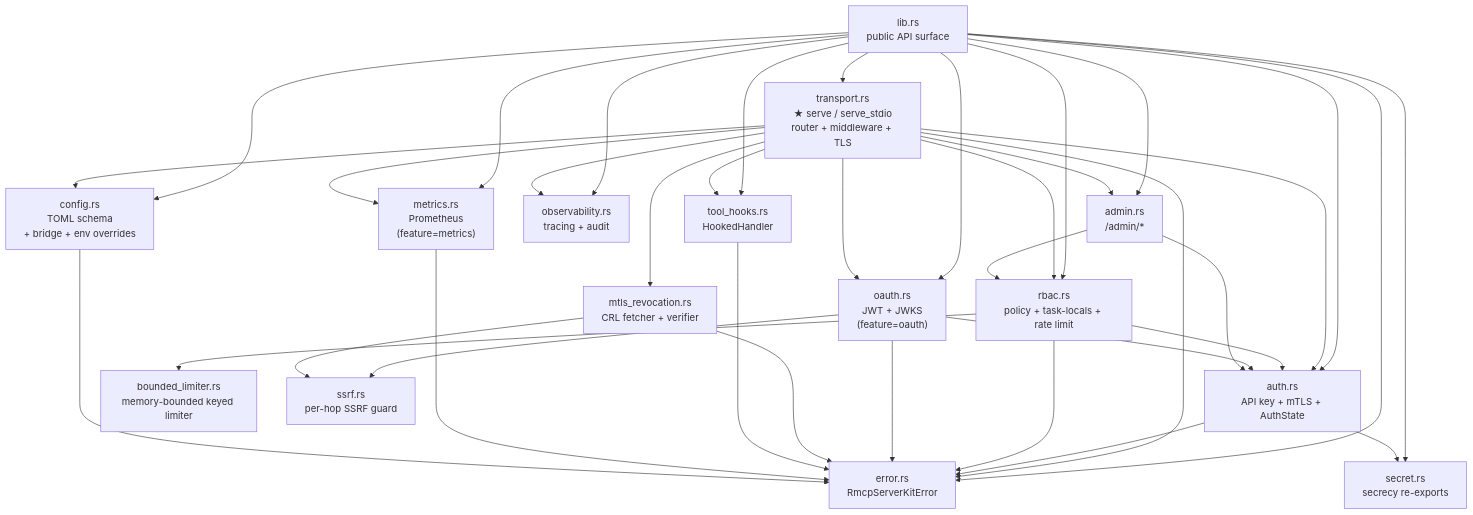
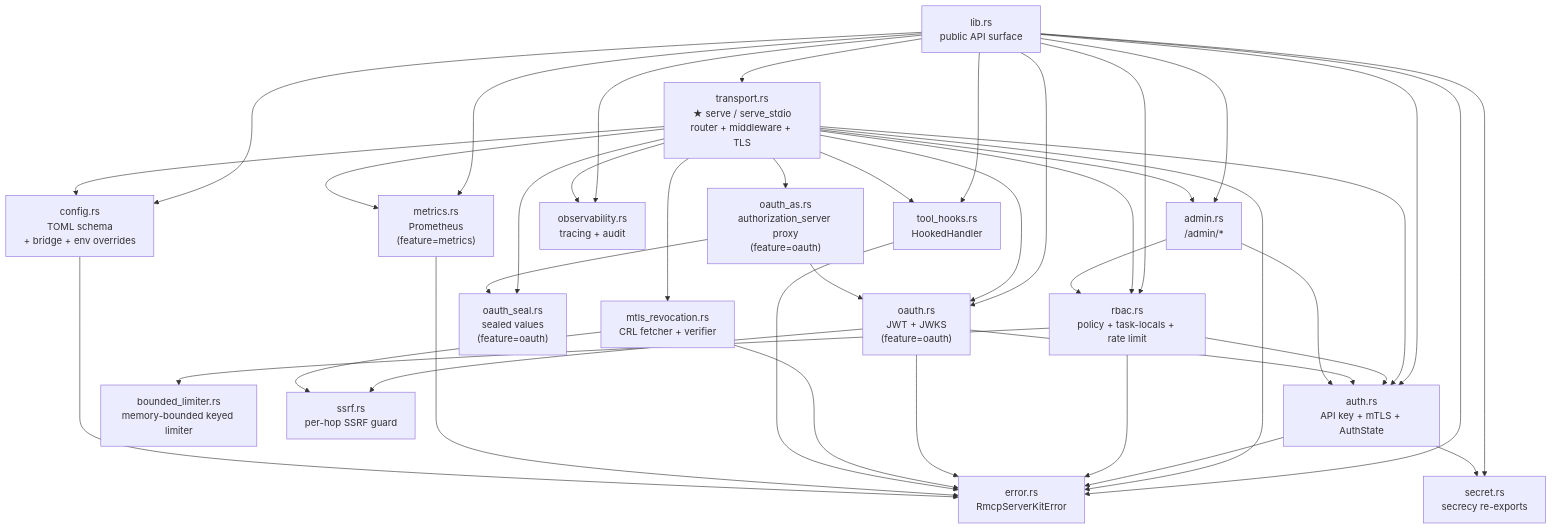
The fourth of 4 diagrams in docs/MINDMAP.md (andrico21/rmcp-server-kit), drawn with Mermaid before and after one commit. The commit also changed other lines of this file and 8 other files, not shown here.

Commit message:
docs: document opt-in MCP authorization features and the authorization-server proxy

````diff
--- a/docs/MINDMAP.md
+++ b/docs/MINDMAP.md
@@ -368,57 +381,63 @@
 ```mermaid
 graph TD
     lib[lib.rs<br/>public API surface]
     transport[transport.rs<br/>★ serve / serve_stdio<br/>router + middleware + TLS]
     auth[auth.rs<br/>API key + mTLS + AuthState]
     rbac[rbac.rs<br/>policy + task-locals + rate limit]
     bl[bounded_limiter.rs<br/>memory-bounded keyed limiter]
     oauth["oauth.rs<br/>JWT + JWKS<br/>(feature=oauth)"]
+    oauthas["oauth_as.rs<br/>authorization_server proxy<br/>(feature=oauth)"]
+    seal["oauth_seal.rs<br/>sealed values<br/>(feature=oauth)"]
     ssrf[ssrf.rs<br/>per-hop SSRF guard]
     mtlsr[mtls_revocation.rs<br/>CRL fetcher + verifier]
     admin[admin.rs<br/>/admin/*]
     hooks[tool_hooks.rs<br/>HookedHandler]
     obs[observability.rs<br/>tracing + audit]
     metrics["metrics.rs<br/>Prometheus<br/>(feature=metrics)"]
     config[config.rs<br/>TOML schema<br/>+ bridge + env overrides]
     error[error.rs<br/>RmcpServerKitError]
     secret[secret.rs<br/>secrecy re-exports]
 
     lib --> transport
     lib --> auth
     lib --> rbac
     lib --> oauth
     lib --> admin
     lib --> hooks
     lib --> obs
     lib --> metrics
     lib --> config
     lib --> error
     lib --> secret
 
     transport --> auth
     transport --> rbac
     transport --> oauth
+    transport --> oauthas
+    transport --> seal
     transport --> mtlsr
     transport --> admin
     transport --> hooks
     transport --> obs
     transport --> metrics
     transport --> config
     transport --> error
 
     auth --> error
     auth --> secret
     rbac --> error
     rbac --> auth
     rbac --> bl
     oauth --> error
     oauth --> auth
     oauth --> ssrf
+    oauthas --> oauth
+    oauthas --> seal
     mtlsr --> ssrf
     mtlsr --> error
     admin --> auth
     admin --> rbac
     hooks --> error
     metrics --> error
     config --> error
 ```
````
